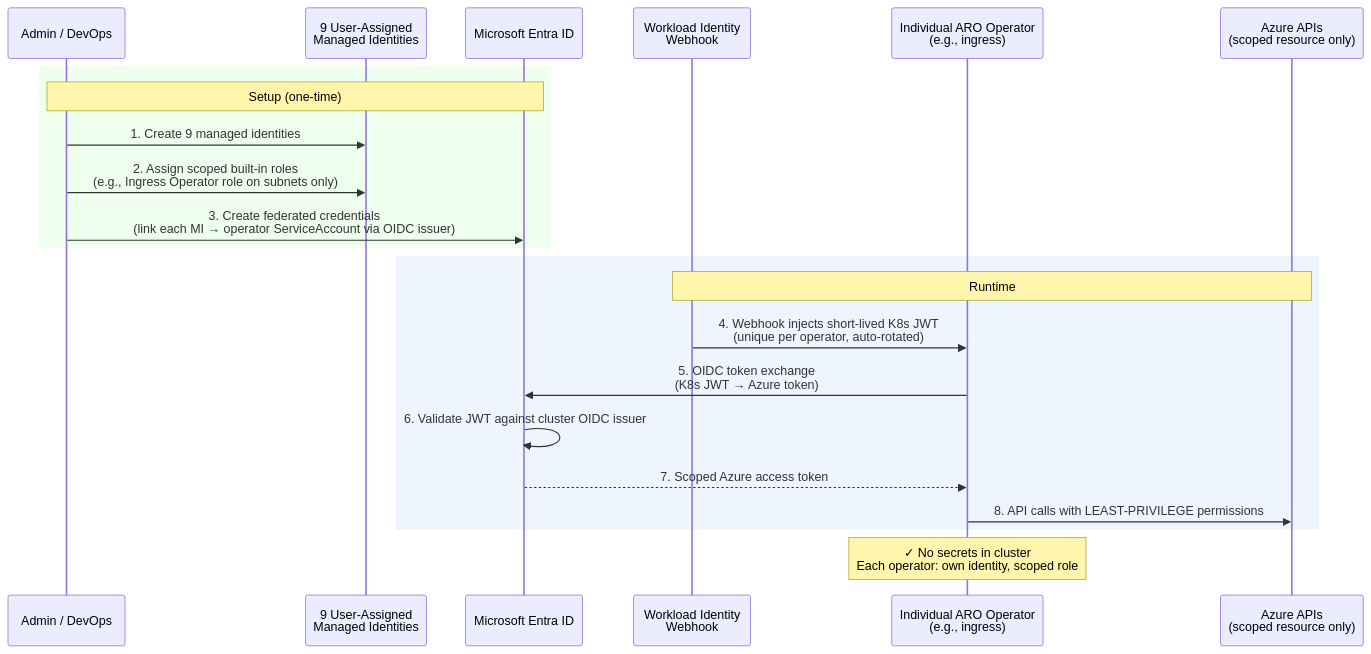
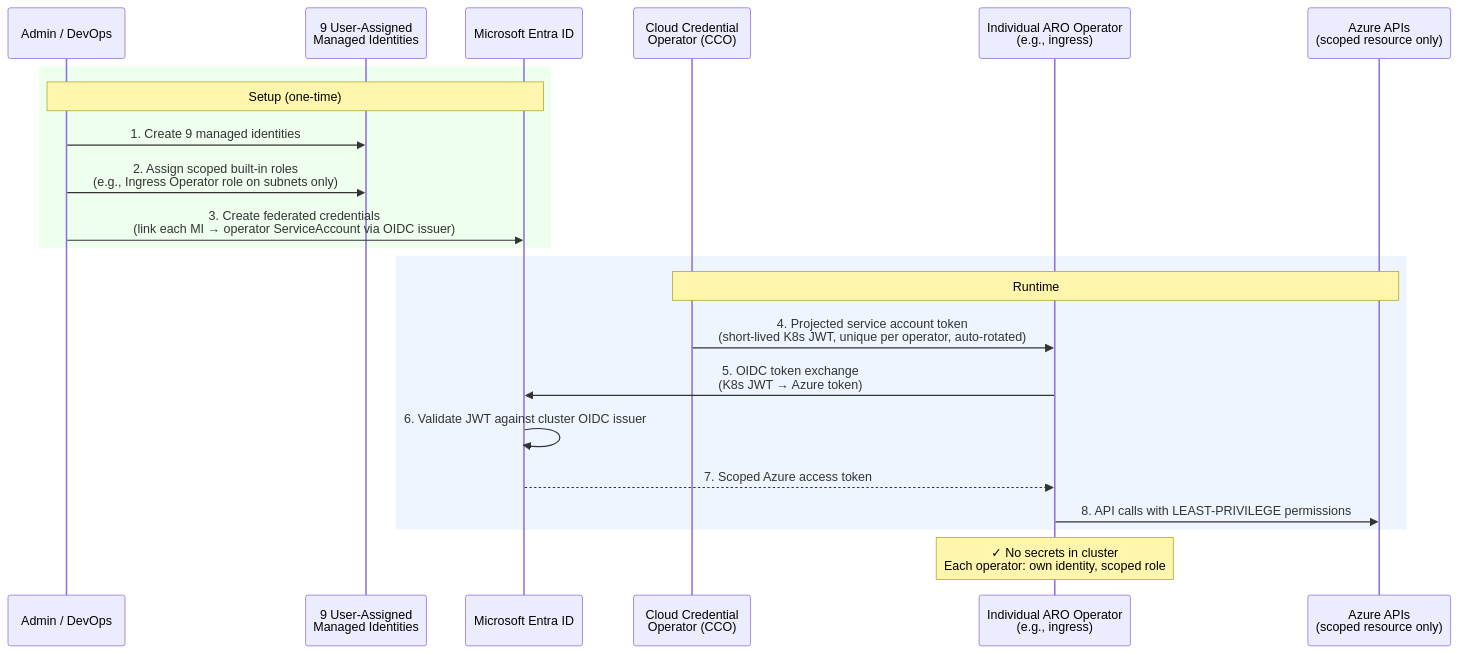
Before and after one commit to rh-mobb/documentation: the second of 3 diagrams in content/aro/aro-sp-mi/index.md, drawn with Mermaid. The commit also changed other lines of this file, not shown here.

First line of the commit message:
Update title, TL;DR, pronouns, and fix SP/MI diagrams for accuracy

````diff
--- a/content/aro/aro-sp-mi/index.md
+++ b/content/aro/aro-sp-mi/index.md
@@ -72,27 +71,27 @@
 ```mermaid
 sequenceDiagram
     participant Admin as Admin / DevOps
     participant MIs as 9 User-Assigned<br>Managed Identities
     participant EntraID as Microsoft Entra ID
-    participant Webhook as Workload Identity<br>Webhook
+    participant CCO as Cloud Credential<br>Operator (CCO)
     participant Operator as Individual ARO Operator<br>(e.g., ingress)
     participant Azure as Azure APIs<br>(scoped resource only)
 
     rect rgb(238, 255, 238)
     Note over Admin,EntraID: Setup (one-time)
     Admin->>MIs: 1. Create 9 managed identities
     Admin->>MIs: 2. Assign scoped built-in roles<br>(e.g., Ingress Operator role on subnets only)
     Admin->>EntraID: 3. Create federated credentials<br>(link each MI → operator ServiceAccount via OIDC issuer)
     end
 
     rect rgb(238, 245, 255)
-    Note over Webhook,Azure: Runtime
-    Webhook->>Operator: 4. Webhook injects short-lived K8s JWT<br>(unique per operator, auto-rotated)
+    Note over CCO,Azure: Runtime
+    CCO->>Operator: 4. Projected service account token<br>(short-lived K8s JWT, unique per operator, auto-rotated)
     Operator->>EntraID: 5. OIDC token exchange<br>(K8s JWT → Azure token)
     EntraID->>EntraID: 6. Validate JWT against cluster OIDC issuer
     EntraID-->>Operator: 7. Scoped Azure access token
     Operator->>Azure: 8. API calls with LEAST-PRIVILEGE permissions
     end
 
     Note over Operator: ✓ No secrets in cluster<br>Each operator: own identity, scoped role
 ```
````
